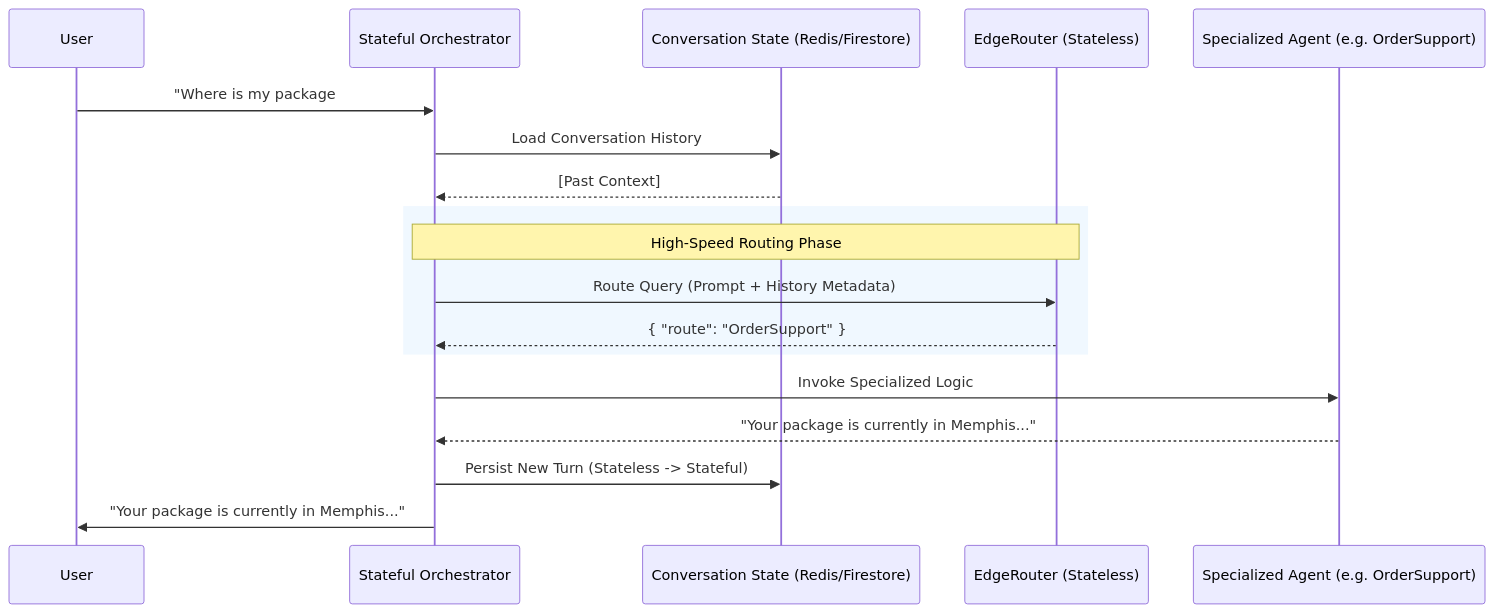
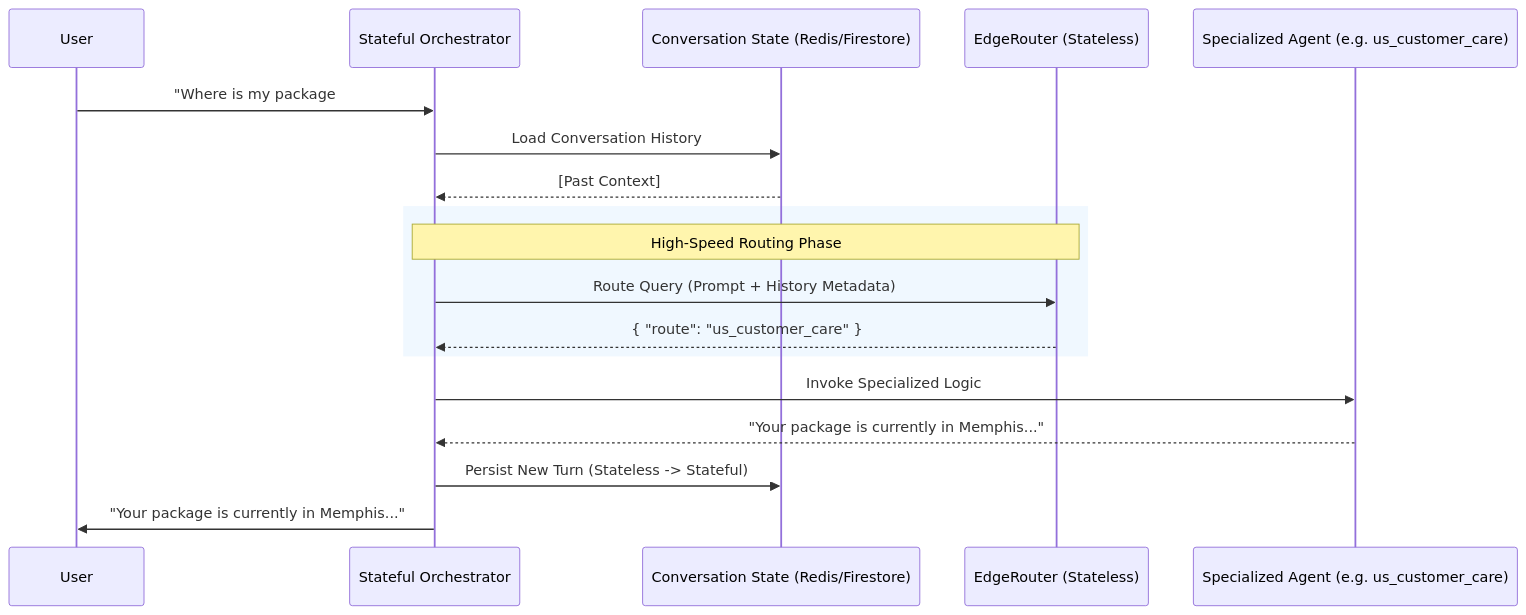
One commit to rrmcguinness/origami-ai-router changed the diagram in tests/router_performance_report.md. Above: the diagram before and after it, drawn with Mermaid. The commit also changed 76 other files, not shown here.

````diff
--- a/tests/router_performance_report.md
+++ b/tests/router_performance_report.md
@@ -37,24 +37,24 @@
 ```mermaid
 sequenceDiagram
     participant U as User
     participant O as Stateful Orchestrator
     participant DB as Conversation State (Redis/Firestore)
     participant ER as EdgeRouter (Stateless)
-    participant SA as Specialized Agent (e.g. OrderSupport)
+    participant SA as Specialized Agent (e.g. us_customer_care)
 
     U->>O: "Where is my package #88219?"
     O->>DB: Load Conversation History
     DB-->>O: [Past Context]
     
     rect rgb(240, 248, 255)
     Note over O,ER: High-Speed Routing Phase
     O->>ER: Route Query (Prompt + History Metadata)
-    ER-->>O: { "route": "OrderSupport" }
+    ER-->>O: { "route": "us_customer_care" }
     end
 
     O->>SA: Invoke Specialized Logic
     SA-->>O: "Your package is currently in Memphis..."
     
     O->>DB: Persist New Turn (Stateless -> Stateful)
     O->>U: "Your package is currently in Memphis..."
 ```
````
